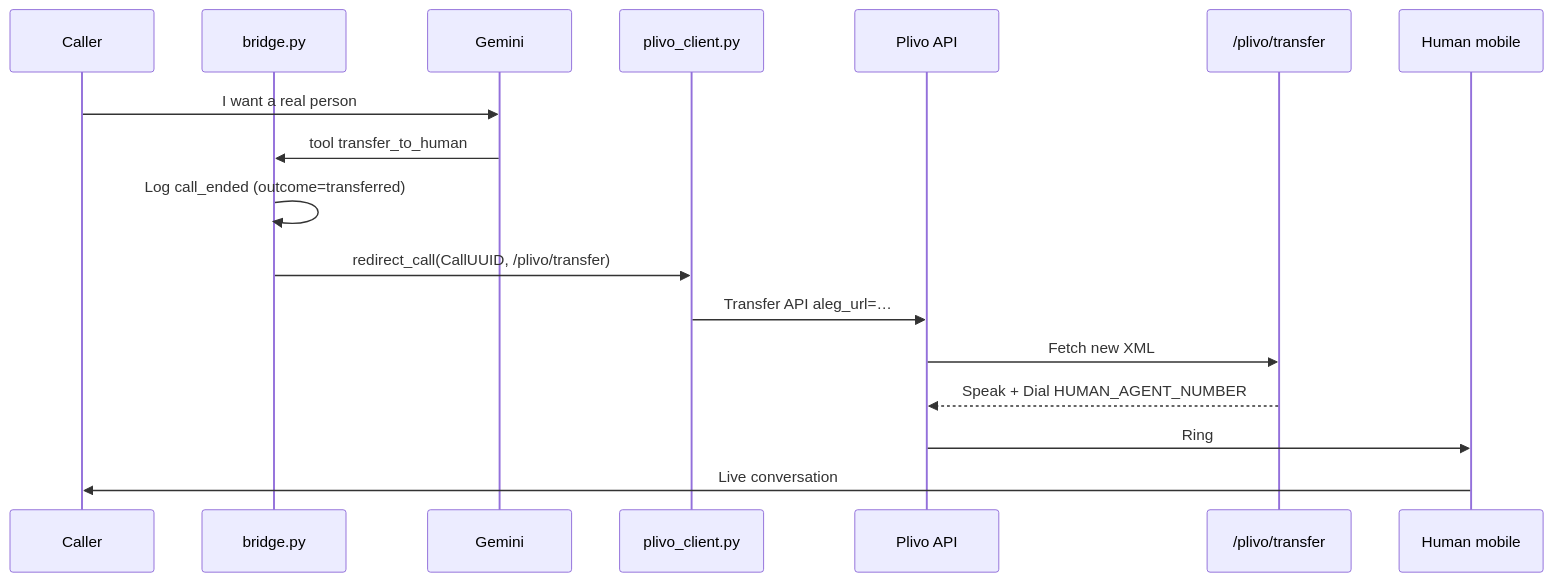
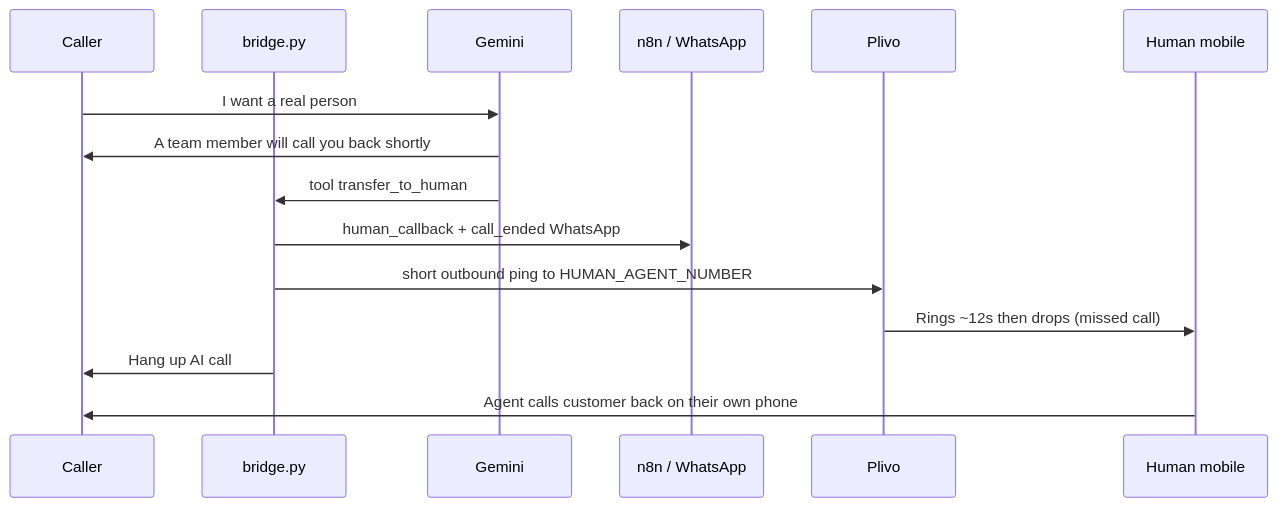
One commit to ashwaniSahu273/Normal_Calling_AI_Voice_Agent changed the sixth of 9 diagrams in docs/FLOW.md. Above: the diagram before and after it, drawn with Mermaid. The commit also changed other lines of this file and 18 other files, not shown here.

````diff
--- a/docs/FLOW.md
+++ b/docs/FLOW.md
@@ -215,20 +217,18 @@
 ```mermaid
 sequenceDiagram
   participant U as Caller
   participant B as bridge.py
   participant G as Gemini
-  participant PC as plivo_client.py
-  participant P as Plivo API
-  participant T as /plivo/transfer
+  participant N as n8n / WhatsApp
+  participant P as Plivo
   participant H as Human mobile
 
   U->>G: I want a real person
+  G->>U: A team member will call you back shortly
   G->>B: tool transfer_to_human
-  B->>B: Log call_ended (outcome=transferred)
-  B->>PC: redirect_call(CallUUID, /plivo/transfer)
-  PC->>P: Transfer API aleg_url=…
-  P->>T: Fetch new XML
-  T-->>P: Speak + Dial HUMAN_AGENT_NUMBER
-  P->>H: Ring
-  H->>U: Live conversation
+  B->>N: human_callback + call_ended WhatsApp
+  B->>P: short outbound ping to HUMAN_AGENT_NUMBER
+  P->>H: Rings ~12s then drops (missed call)
+  B->>U: Hang up AI call
+  H->>U: Agent calls customer back on their own phone
 ```
````
